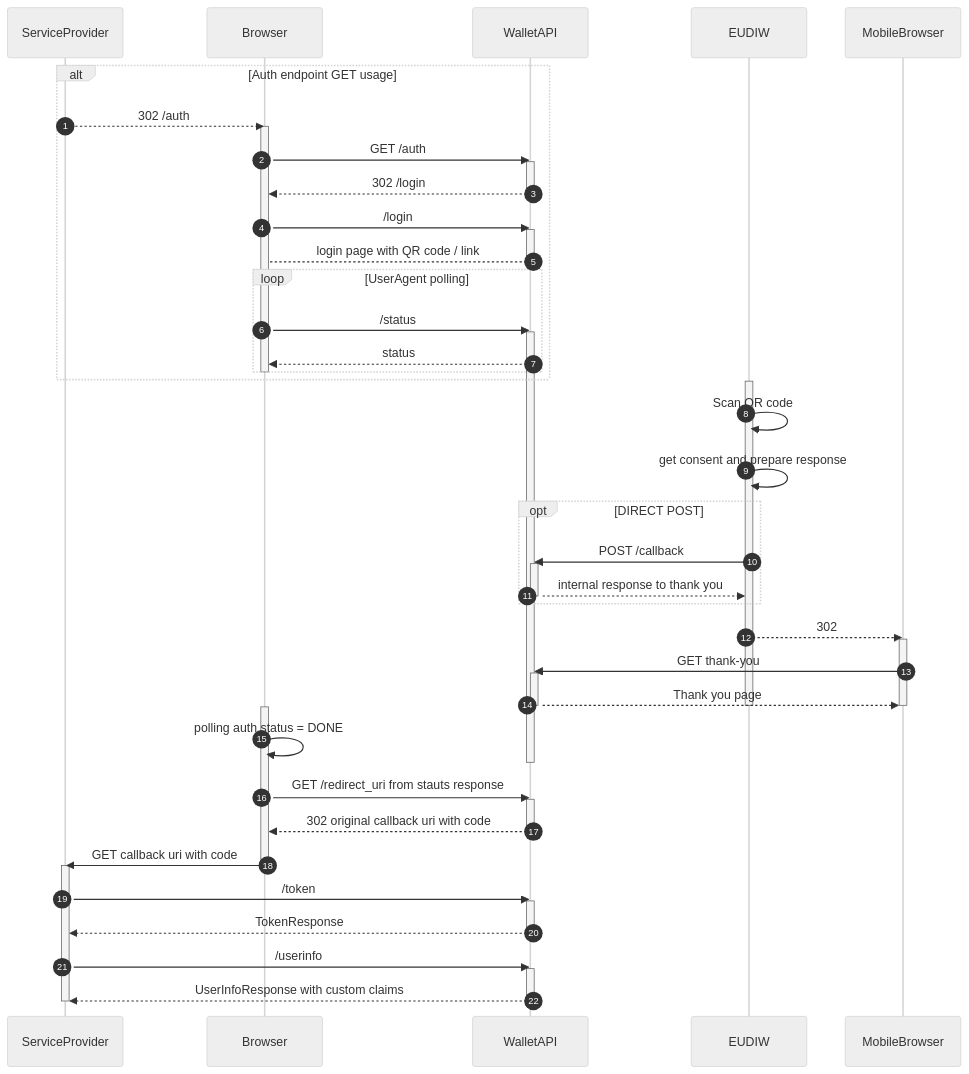
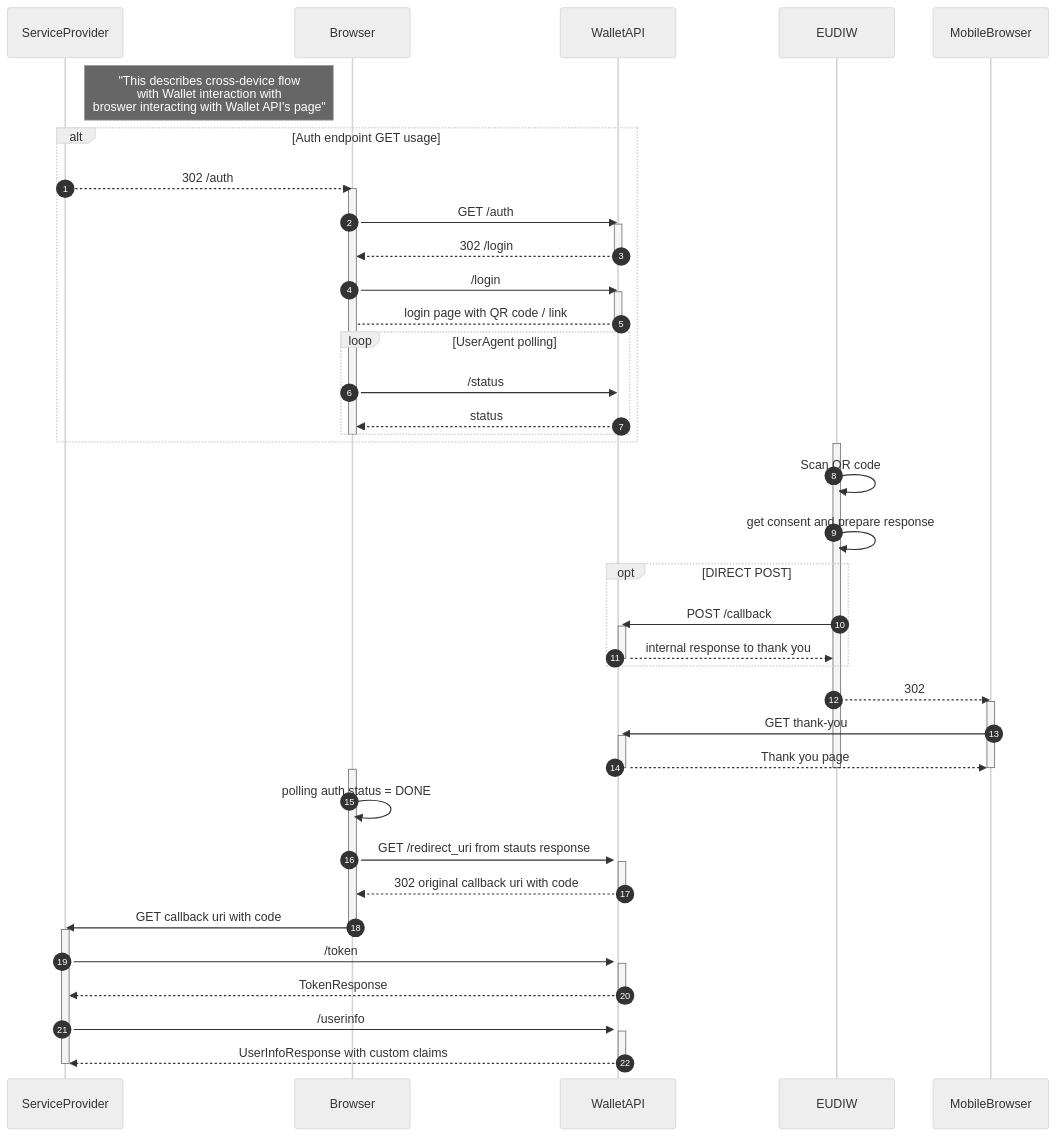
One commit to BankovniIdentita/wallet-api-docs changed the diagram in docs/OpenID4VP_overview_browser.mmd. Above: the diagram before and after it, drawn with Mermaid (neutral theme). The commit also changed 6 other files, not shown here.

```diff
--- a/docs/OpenID4VP_overview_browser.mmd
+++ b/docs/OpenID4VP_overview_browser.mmd
@@ -1,66 +1,65 @@
 sequenceDiagram
     autonumber
     participant ServiceProvider
     participant Browser
     participant WalletAPI
     participant EUDIW
     participant MobileBrowser
-
+    note right of ServiceProvider: "This describes cross-device flow <br/> with Wallet interaction with <br/>broswer interacting with Wallet API's page"
     alt Auth endpoint GET usage
         ServiceProvider-->>Browser: 302 /auth
         activate Browser
         Browser->>WalletAPI: GET /auth
         activate WalletAPI
         WalletAPI-->>Browser: 302 /login
         deactivate WalletAPI
         Browser->>WalletAPI: /login
         activate WalletAPI
         WalletAPI--> Browser: login page with QR code / link
         deactivate WalletAPI
         loop UserAgent polling
             Browser->>WalletAPI: /status
             activate WalletAPI
             WalletAPI-->>Browser: status
         end
         deactivate Browser
     end
 
     activate EUDIW
     EUDIW->>EUDIW: Scan QR code
     EUDIW->>EUDIW: get consent and prepare response
     opt DIRECT POST
         EUDIW->>WalletAPI: POST /callback
         activate WalletAPI
         WalletAPI-->>EUDIW: internal response to thank you
         deactivate WalletAPI
     end
     EUDIW-->>MobileBrowser: 302
     activate MobileBrowser
     MobileBrowser->>WalletAPI: GET thank-you
     activate WalletAPI
     WalletAPI-->>MobileBrowser: Thank you page   
     deactivate WalletAPI
     deactivate MobileBrowser
     deactivate EUDIW
 
     activate Browser
     Browser->>Browser: polling auth status = DONE
 
-    deactivate WalletAPI
     Browser->>WalletAPI: GET /redirect_uri from stauts response
     activate WalletAPI
     WalletAPI-->>Browser: 302 original callback uri with code
     deactivate WalletAPI
     Browser->>ServiceProvider: GET callback uri with code
     deactivate Browser
 
     activate ServiceProvider
     ServiceProvider->>WalletAPI: /token
     activate WalletAPI
     WalletAPI-->>ServiceProvider: TokenResponse
     deactivate WalletAPI
     ServiceProvider->>WalletAPI: /userinfo
     activate WalletAPI
     WalletAPI-->>ServiceProvider: UserInfoResponse with custom claims
     deactivate WalletAPI
     deactivate ServiceProvider
```
